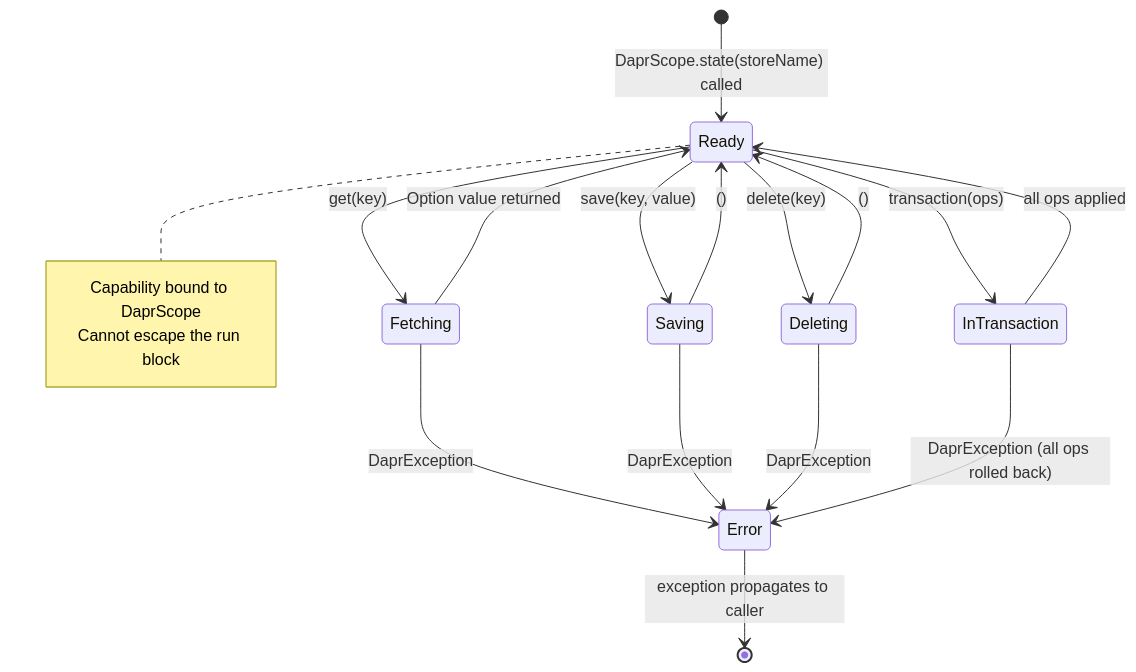
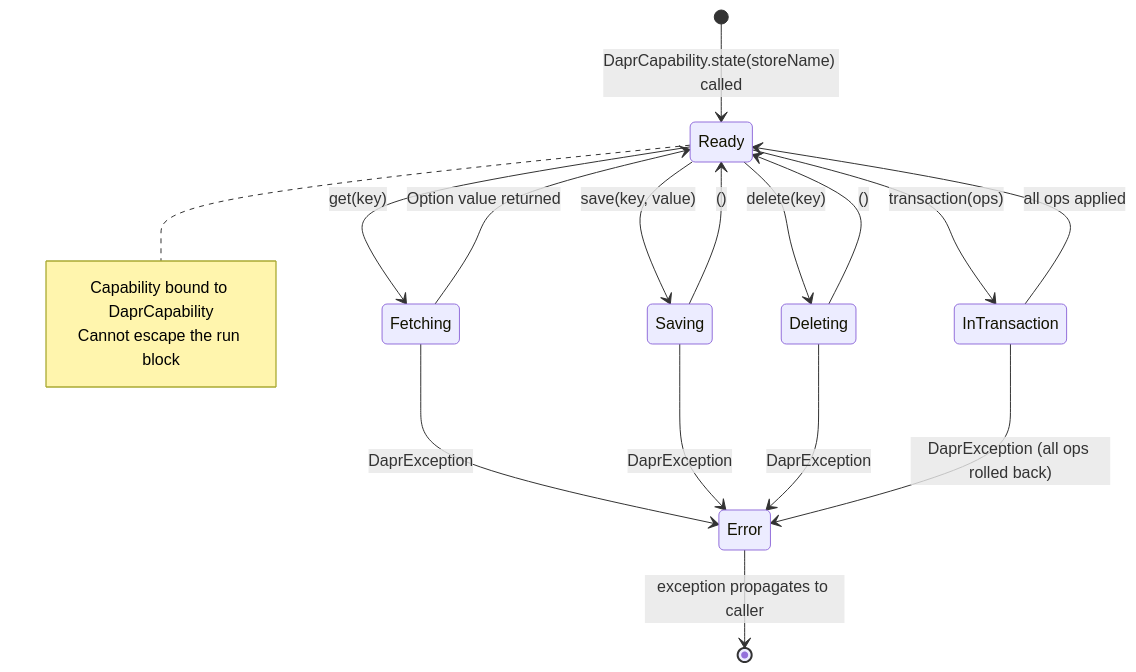
Before and after one commit to sideeffffect/dapr4s: the sixth of 6 diagrams in DESIGN.md, drawn with Mermaid. The commit also changed other lines of this file and 36 other files, not shown here.

Commit message:
DaprCapability

````diff
--- a/DESIGN.md
+++ b/DESIGN.md
@@ -420,27 +427,27 @@
 ```mermaid
 stateDiagram-v2
-    [*] --> Ready: DaprScope.state(storeName) called
+    [*] --> Ready: DaprCapability.state(storeName) called
 
     Ready --> Fetching: get(key)
     Fetching --> Ready: Option value returned
     Fetching --> Error: DaprException
 
     Ready --> Saving: save(key, value)
     Saving --> Ready: ()
     Saving --> Error: DaprException
 
     Ready --> Deleting: delete(key)
     Deleting --> Ready: ()
     Deleting --> Error: DaprException
 
     Ready --> InTransaction: transaction(ops)
     InTransaction --> Ready: all ops applied
     InTransaction --> Error: DaprException (all ops rolled back)
 
     Error --> [*]: exception propagates to caller
 
     note right of Ready
-        Capability bound to DaprScope
+        Capability bound to DaprCapability
         Cannot escape the run block
     end note
 ```
````
